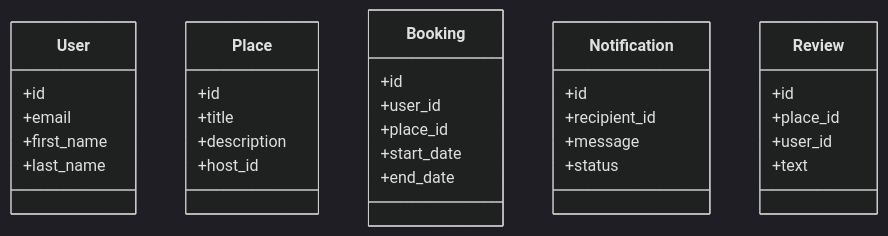
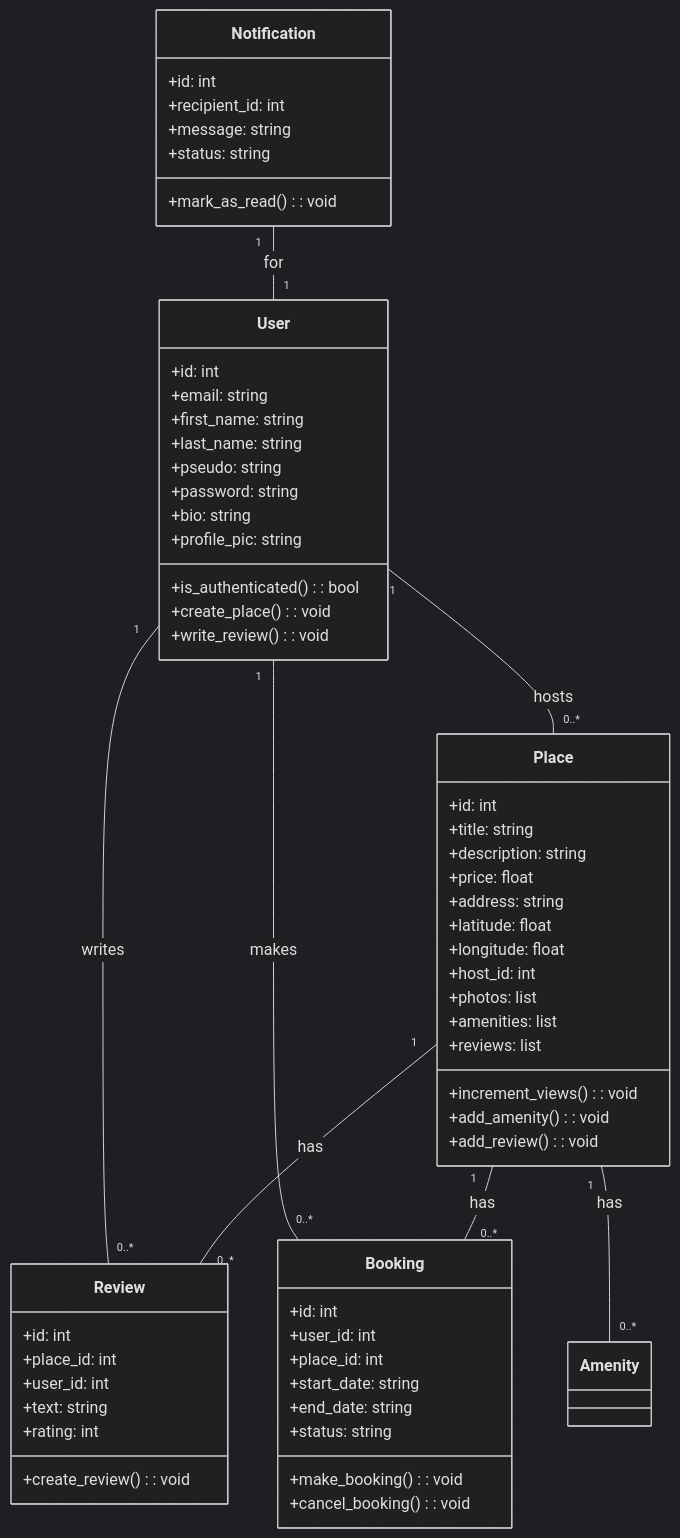
One commit to jerome244/holbertonschool-hbnb changed the second of 4 diagrams in part4/README.md. Above: the diagram before and after it, drawn with Mermaid (dark theme). The commit also changed other lines of this file, not shown here.

Commit message:
fix: increase diagrams visibility

````diff
--- a/part4/README.md
+++ b/part4/README.md
@@ -146,34 +146,70 @@
 ```mermaid
 classDiagram
     class User {
-        +id
-        +email
-        +first_name
-        +last_name
+        +id: int
+        +email: string
+        +first_name: string
+        +last_name: string
+        +pseudo: string
+        +password: string
+        +bio: string
+        +profile_pic: string
+        +is_authenticated(): bool
+        +create_place(): void
+        +write_review(): void
     }
+    
     class Place {
-        +id
-        +title
-        +description
-        +host_id
+        +id: int
+        +title: string
+        +description: string
+        +price: float
+        +address: string
+        +latitude: float
+        +longitude: float
+        +host_id: int
+        +photos: list
+        +amenities: list
+        +reviews: list
+        +increment_views(): void
+        +add_amenity(): void
+        +add_review(): void
     }
+    
     class Booking {
-        +id
-        +user_id
-        +place_id
-        +start_date
-        +end_date
+        +id: int
+        +user_id: int
+        +place_id: int
+        +start_date: string
+        +end_date: string
+        +status: string
+        +make_booking(): void
+        +cancel_booking(): void
     }
+    
     class Notification {
-        +id
-        +recipient_id
-        +message
-        +status
+        +id: int
+        +recipient_id: int
+        +message: string
+        +status: string
+        +mark_as_read(): void
     }
+
     class Review {
-        +id
-        +place_id
-        +user_id
-        +text
+        +id: int
+        +place_id: int
+        +user_id: int
+        +text: string
+        +rating: int
+        +create_review(): void
     }
+
+    User "1" -- "0..*" Place : hosts
+    User "1" -- "0..*" Review : writes
+    User "1" -- "0..*" Booking : makes
+    Place "1" -- "0..*" Review : has
+    Place "1" -- "0..*" Booking : has
+    Place "1" -- "0..*" Amenity : has
+    Notification "1" -- "1" User : for
+
 ```
````
